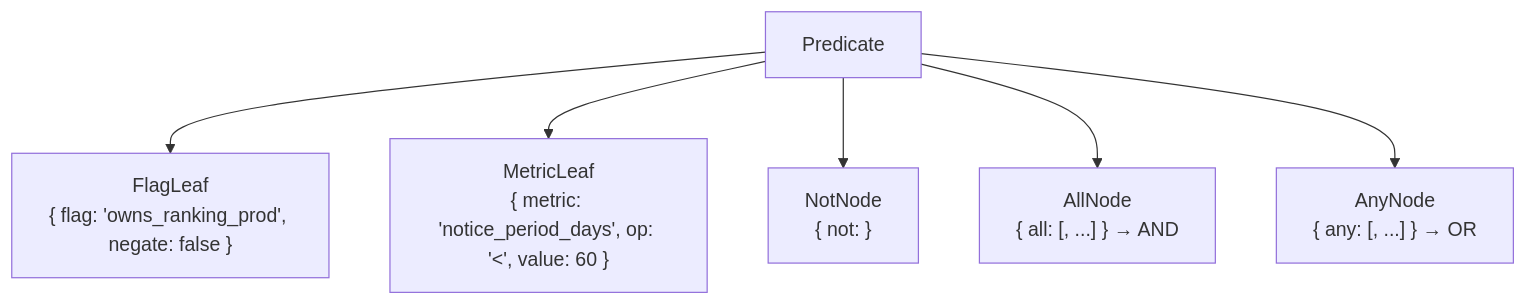
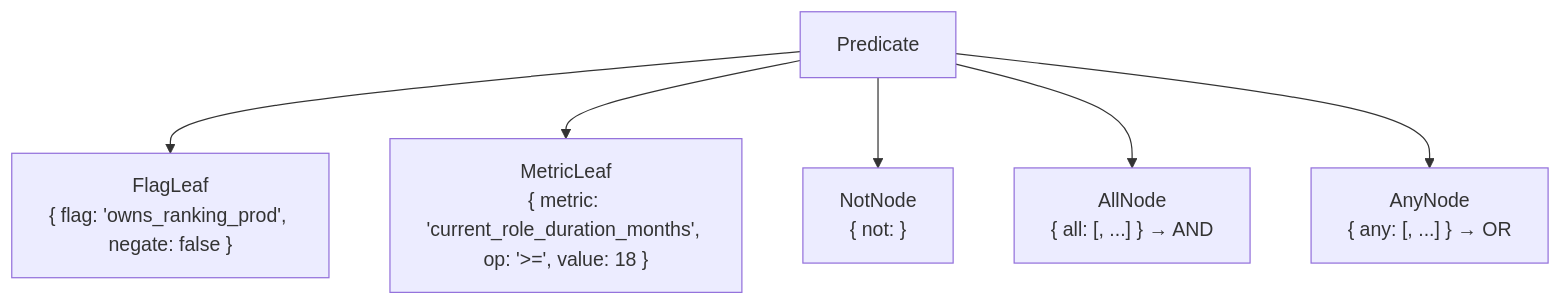
One commit to ankitkr-04/candidate-ranker-v2 changed the fourth of 6 diagrams in docs/architecture.md. Above: the diagram before and after it, drawn with Mermaid. The commit also changed other lines of this file and 5 other files, not shown here.

Commit message:
Refactor job description JSON schema: remove recent non-ML pivot flag, add enterprise lifer flag; update metrics and feature derivation logic accordingly

````diff
--- a/docs/architecture.md
+++ b/docs/architecture.md
@@ -182,8 +182,8 @@
 ```mermaid
 graph TD
     P[Predicate] --> FL["FlagLeaf\n{ flag: 'owns_ranking_prod', negate: false }"]
-    P --> ML["MetricLeaf\n{ metric: 'notice_period_days', op: '<', value: 60 }"]
+    P --> ML["MetricLeaf\n{ metric: 'current_role_duration_months', op: '>=', value: 18 }"]
     P --> NT["NotNode\n{ not: <Predicate> }"]
     P --> AL["AllNode\n{ all: [<Predicate>, ...] }  → AND"]
     P --> AN["AnyNode\n{ any: [<Predicate>, ...] }  → OR"]
 ```
````
